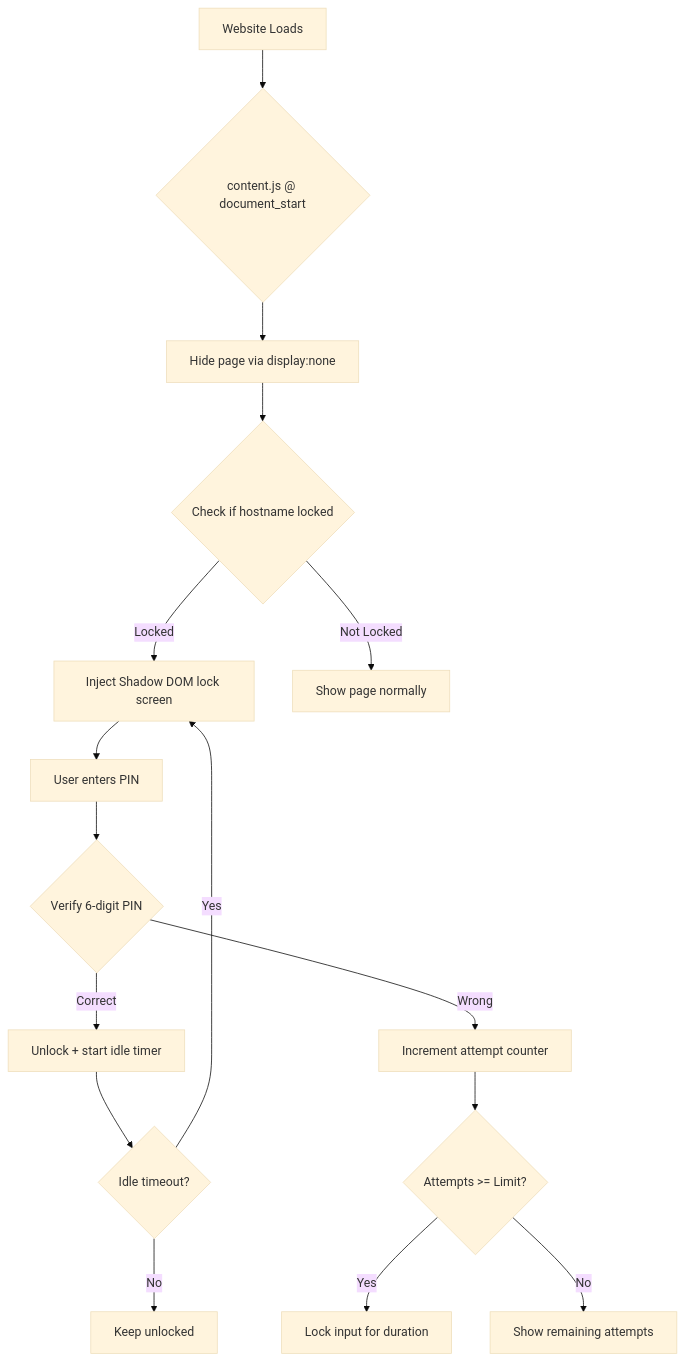
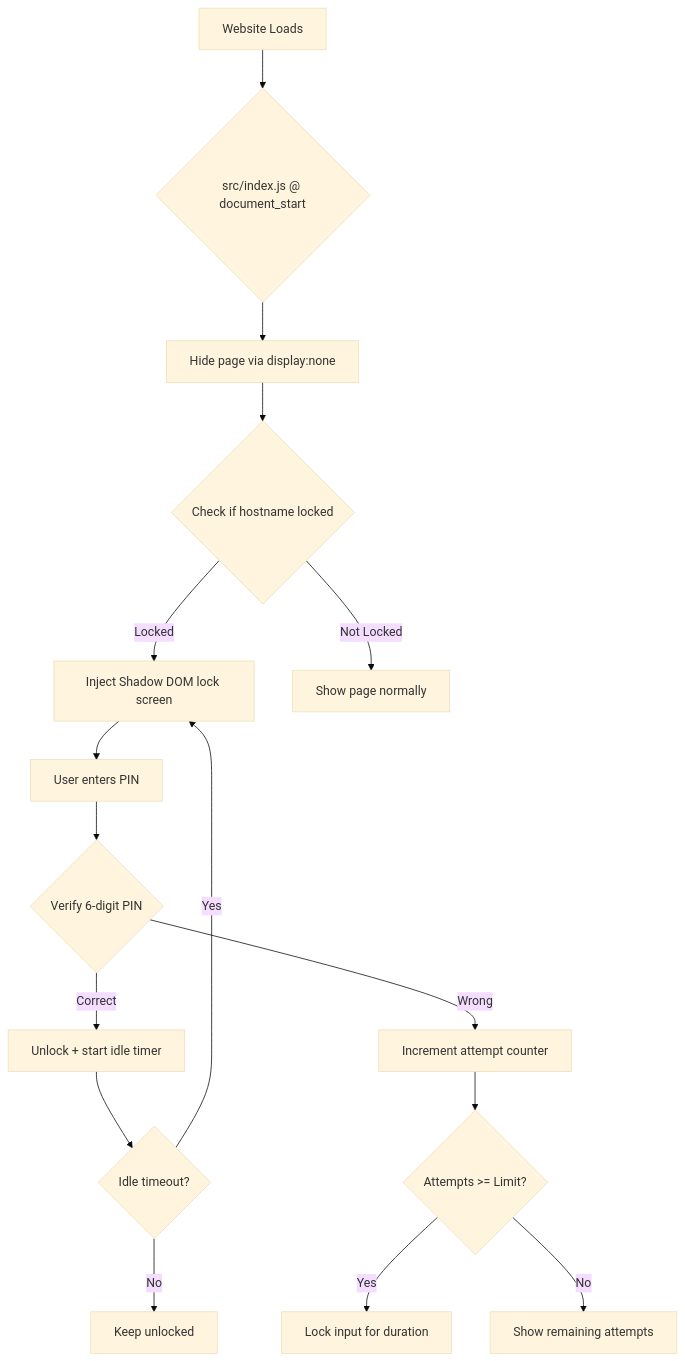
Before and after one commit to fazza-abiyyu/Web-Locker: the diagram in README.md, drawn with Mermaid (base theme). The commit also changed other lines of this file and 24 other files, not shown here.

First line of the commit message:
refactor: modularize content script and popup into src/

````diff
--- a/README.md
+++ b/README.md
@@ -117,18 +117,18 @@
 ```mermaid
 graph TD
-    A[Website Loads] --> B{content.js @ document_start}
+    A[Website Loads] --> B{src/index.js @ document_start}
     B --> C[Hide page via display:none]
     C --> D{Check if hostname locked}
     D -->|Locked| E[Inject Shadow DOM lock screen]
     D -->|Not Locked| F[Show page normally]
     E --> G[User enters PIN]
     G --> H{Verify 6-digit PIN}
     H -->|Correct| I[Unlock + start idle timer]
     H -->|Wrong| J[Increment attempt counter]
     J --> K{Attempts >= Limit?}
     K -->|Yes| L[Lock input for duration]
     K -->|No| M[Show remaining attempts]
     I --> N{Idle timeout?}
     N -->|Yes| E
     N -->|No| O[Keep unlocked]
 ```
````
